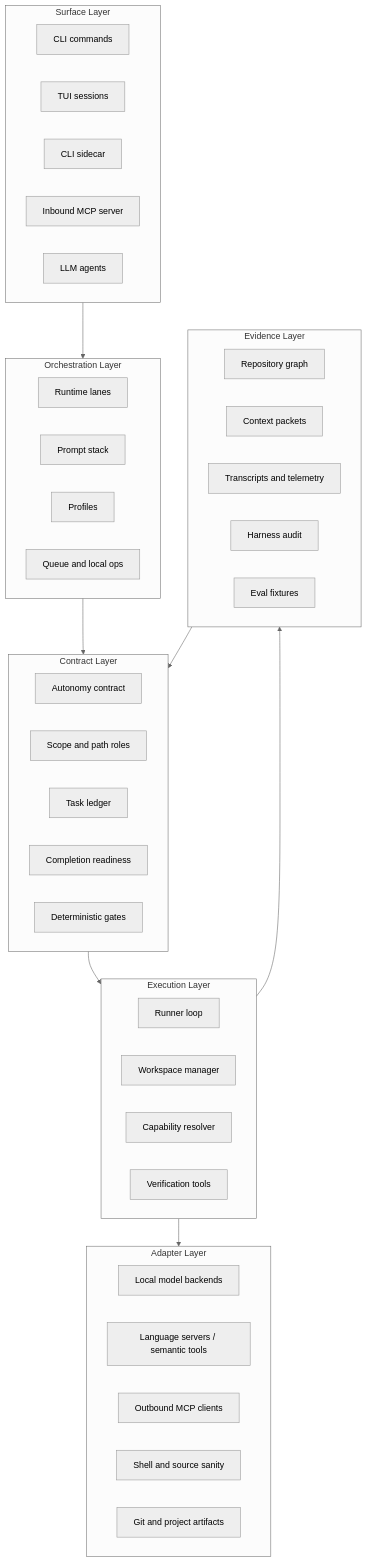
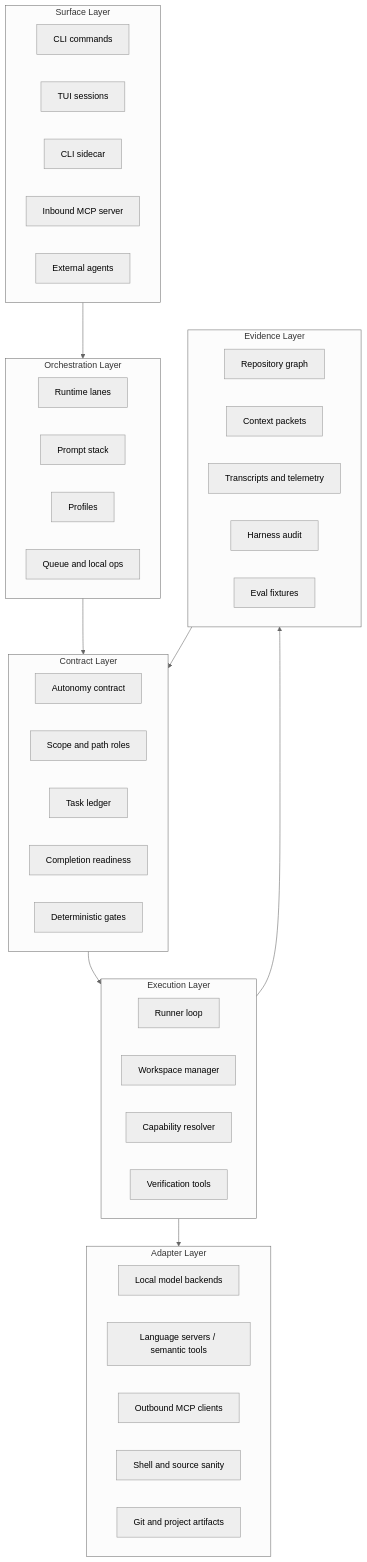
Before and after one commit to BLuchterhand/Idiom: the first of 2 diagrams in docs/obsidian-export/docs/obsidian/03 - Architecture Layers.md, drawn with Mermaid (neutral theme). The commit also changed other lines of this file and 972 other files, not shown here.

````diff
--- a/docs/obsidian-export/docs/obsidian/03 - Architecture Layers.md
+++ b/docs/obsidian-export/docs/obsidian/03 - Architecture Layers.md
@@ -17,55 +17,55 @@
 ```mermaid
 flowchart TB
     subgraph Surface["Surface Layer"]
         CLI["CLI commands"]
         TUI["TUI sessions"]
         Sidecar["CLI sidecar"]
         InboundMCP["Inbound MCP server"]
-        Agents["LLM agents"]
+        Agents["External agents"]
     end
 
     subgraph Orchestration["Orchestration Layer"]
         Lanes["Runtime lanes"]
         PromptStack["Prompt stack"]
         Profiles["Profiles"]
         Queue["Queue and local ops"]
     end
 
     subgraph Contract["Contract Layer"]
         Autonomy["Autonomy contract"]
         Scope["Scope and path roles"]
         Ledger["Task ledger"]
         Readiness["Completion readiness"]
         Gates["Deterministic gates"]
     end
 
     subgraph Execution["Execution Layer"]
         Runner["Runner loop"]
         Workspace["Workspace manager"]
         Capabilities["Capability resolver"]
         Verification["Verification tools"]
     end
 
     subgraph Evidence["Evidence Layer"]
         Graph["Repository graph"]
         Packets["Context packets"]
         Logs["Transcripts and telemetry"]
         Audit["Harness audit"]
         Eval["Eval fixtures"]
     end
 
     subgraph Adapters["Adapter Layer"]
         Backends["Local model backends"]
         Language["Language servers / semantic tools"]
         OutboundMCP["Outbound MCP clients"]
         Shell["Shell and source sanity"]
         Git["Git and project artifacts"]
     end
 
     Surface --> Orchestration
     Orchestration --> Contract
     Contract --> Execution
     Execution --> Evidence
     Execution --> Adapters
     Evidence --> Contract
 ```
````
